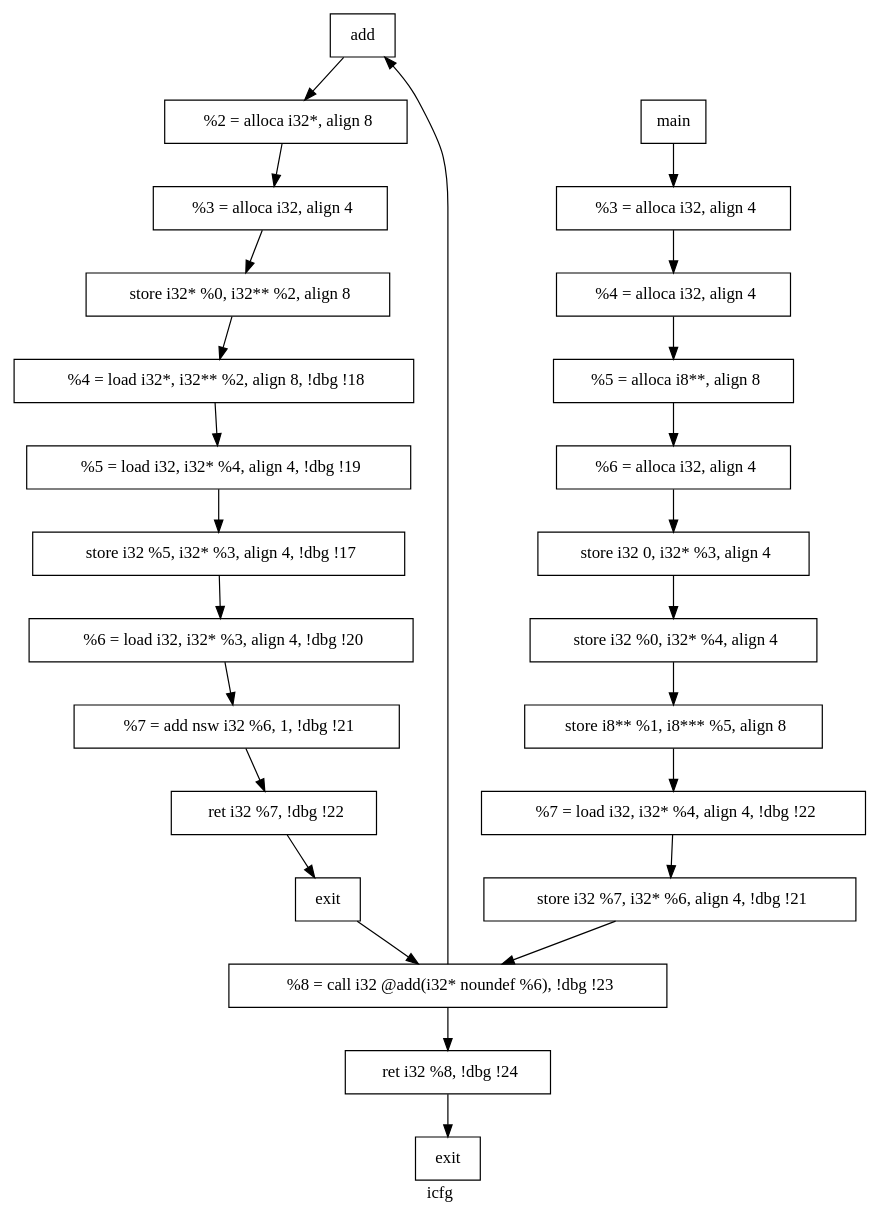
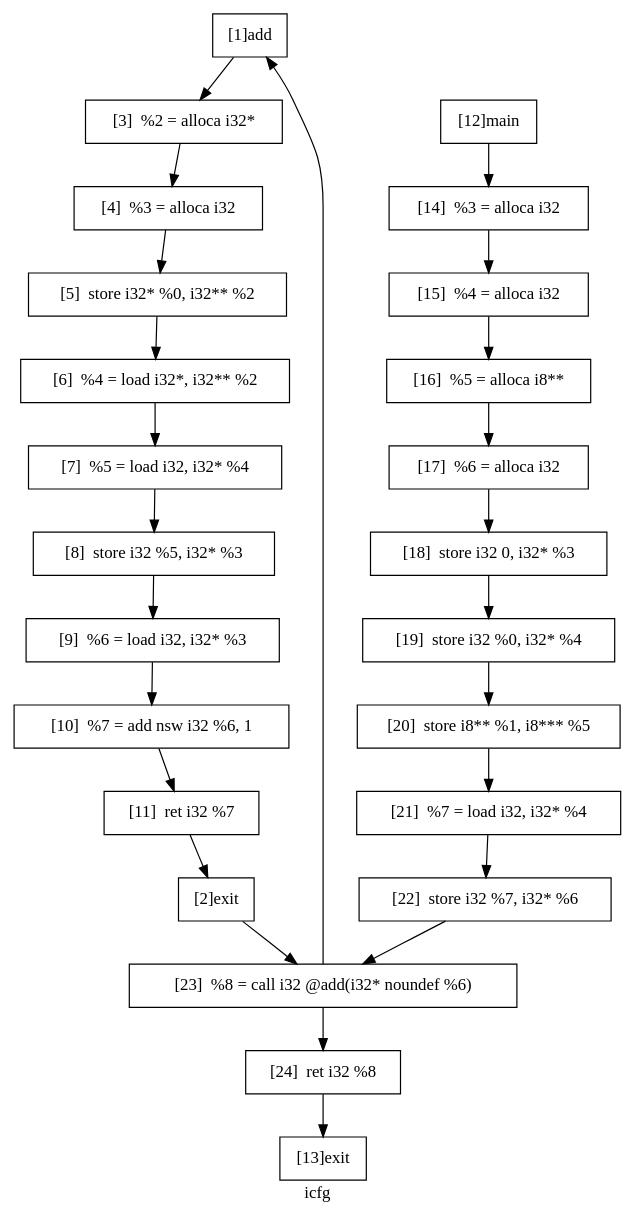
One commit to Mike-Wilson22/Program-Analysis changed the diagram in pa_template/benchmark/bench6/icfg.dot. Above: the diagram before and after it, drawn with Graphviz. The commit also changed 149 other files, not shown here.

```diff
--- a/pa_template/benchmark/bench6/icfg.dot
+++ b/pa_template/benchmark/bench6/icfg.dot
@@ -1,57 +1,57 @@
 digraph "icfg"{
 	label="icfg";
 
 
 	// Define the nodes
-	N1 [shape=rectangle, color=black,label="add"];
-	N2 [shape=rectangle, color=black,label="exit"];
-	N3 [shape=rectangle, color=black,label="  %2 = alloca i32*, align 8"];
-	N4 [shape=rectangle, color=black,label="  %3 = alloca i32, align 4"];
-	N5 [shape=rectangle, color=black,label="  store i32* %0, i32** %2, align 8"];
-	N6 [shape=rectangle, color=black,label="  %4 = load i32*, i32** %2, align 8, !dbg !18"];
-	N7 [shape=rectangle, color=black,label="  %5 = load i32, i32* %4, align 4, !dbg !19"];
-	N8 [shape=rectangle, color=black,label="  store i32 %5, i32* %3, align 4, !dbg !17"];
-	N9 [shape=rectangle, color=black,label="  %6 = load i32, i32* %3, align 4, !dbg !20"];
-	N10 [shape=rectangle, color=black,label="  %7 = add nsw i32 %6, 1, !dbg !21"];
-	N11 [shape=rectangle, color=black,label="  ret i32 %7, !dbg !22"];
-	N12 [shape=rectangle, color=black,label="main"];
-	N13 [shape=rectangle, color=black,label="exit"];
-	N14 [shape=rectangle, color=black,label="  %3 = alloca i32, align 4"];
-	N15 [shape=rectangle, color=black,label="  %4 = alloca i32, align 4"];
-	N16 [shape=rectangle, color=black,label="  %5 = alloca i8**, align 8"];
-	N17 [shape=rectangle, color=black,label="  %6 = alloca i32, align 4"];
-	N18 [shape=rectangle, color=black,label="  store i32 0, i32* %3, align 4"];
-	N19 [shape=rectangle, color=black,label="  store i32 %0, i32* %4, align 4"];
-	N20 [shape=rectangle, color=black,label="  store i8** %1, i8*** %5, align 8"];
-	N21 [shape=rectangle, color=black,label="  %7 = load i32, i32* %4, align 4, !dbg !22"];
-	N22 [shape=rectangle, color=black,label="  store i32 %7, i32* %6, align 4, !dbg !21"];
-	N23 [shape=rectangle, color=black,label="  %8 = call i32 @add(i32* noundef %6), !dbg !23"];
-	N24 [shape=rectangle, color=black,label="  ret i32 %8, !dbg !24"];
+	N1 [shape=rectangle, color=black,label="[1]add"];
+	N2 [shape=rectangle, color=black,label="[2]exit"];
+	N3 [shape=rectangle, color=black,label="[3]  %2 = alloca i32*"];
+	N4 [shape=rectangle, color=black,label="[4]  %3 = alloca i32"];
+	N5 [shape=rectangle, color=black,label="[5]  store i32* %0, i32** %2"];
+	N6 [shape=rectangle, color=black,label="[6]  %4 = load i32*, i32** %2"];
+	N7 [shape=rectangle, color=black,label="[7]  %5 = load i32, i32* %4"];
+	N8 [shape=rectangle, color=black,label="[8]  store i32 %5, i32* %3"];
+	N9 [shape=rectangle, color=black,label="[9]  %6 = load i32, i32* %3"];
+	N10 [shape=rectangle, color=black,label="[10]  %7 = add nsw i32 %6, 1"];
+	N11 [shape=rectangle, color=black,label="[11]  ret i32 %7"];
+	N12 [shape=rectangle, color=black,label="[12]main"];
+	N13 [shape=rectangle, color=black,label="[13]exit"];
+	N14 [shape=rectangle, color=black,label="[14]  %3 = alloca i32"];
+	N15 [shape=rectangle, color=black,label="[15]  %4 = alloca i32"];
+	N16 [shape=rectangle, color=black,label="[16]  %5 = alloca i8**"];
+	N17 [shape=rectangle, color=black,label="[17]  %6 = alloca i32"];
+	N18 [shape=rectangle, color=black,label="[18]  store i32 0, i32* %3"];
+	N19 [shape=rectangle, color=black,label="[19]  store i32 %0, i32* %4"];
+	N20 [shape=rectangle, color=black,label="[20]  store i8** %1, i8*** %5"];
+	N21 [shape=rectangle, color=black,label="[21]  %7 = load i32, i32* %4"];
+	N22 [shape=rectangle, color=black,label="[22]  store i32 %7, i32* %6"];
+	N23 [shape=rectangle, color=black,label="[23]  %8 = call i32 @add(i32* noundef %6)"];
+	N24 [shape=rectangle, color=black,label="[24]  ret i32 %8"];
 
 
 	// Define the edges
 	N1 -> N3[color=black,label=""];
 	N2 -> N23[color=black,label=""];
 	N3 -> N4[color=black,label=""];
 	N4 -> N5[color=black,label=""];
 	N5 -> N6[color=black,label=""];
 	N6 -> N7[color=black,label=""];
 	N7 -> N8[color=black,label=""];
 	N8 -> N9[color=black,label=""];
 	N9 -> N10[color=black,label=""];
 	N10 -> N11[color=black,label=""];
 	N11 -> N2[color=black,label=""];
 	N12 -> N14[color=black,label=""];
 	N14 -> N15[color=black,label=""];
 	N15 -> N16[color=black,label=""];
 	N16 -> N17[color=black,label=""];
 	N17 -> N18[color=black,label=""];
 	N18 -> N19[color=black,label=""];
 	N19 -> N20[color=black,label=""];
 	N20 -> N21[color=black,label=""];
 	N21 -> N22[color=black,label=""];
 	N22 -> N23[color=black,label=""];
 	N23 -> N1[color=black,label=""];
 	N23 -> N24[color=black,label=""];
 	N24 -> N13[color=black,label=""];
 }
```
